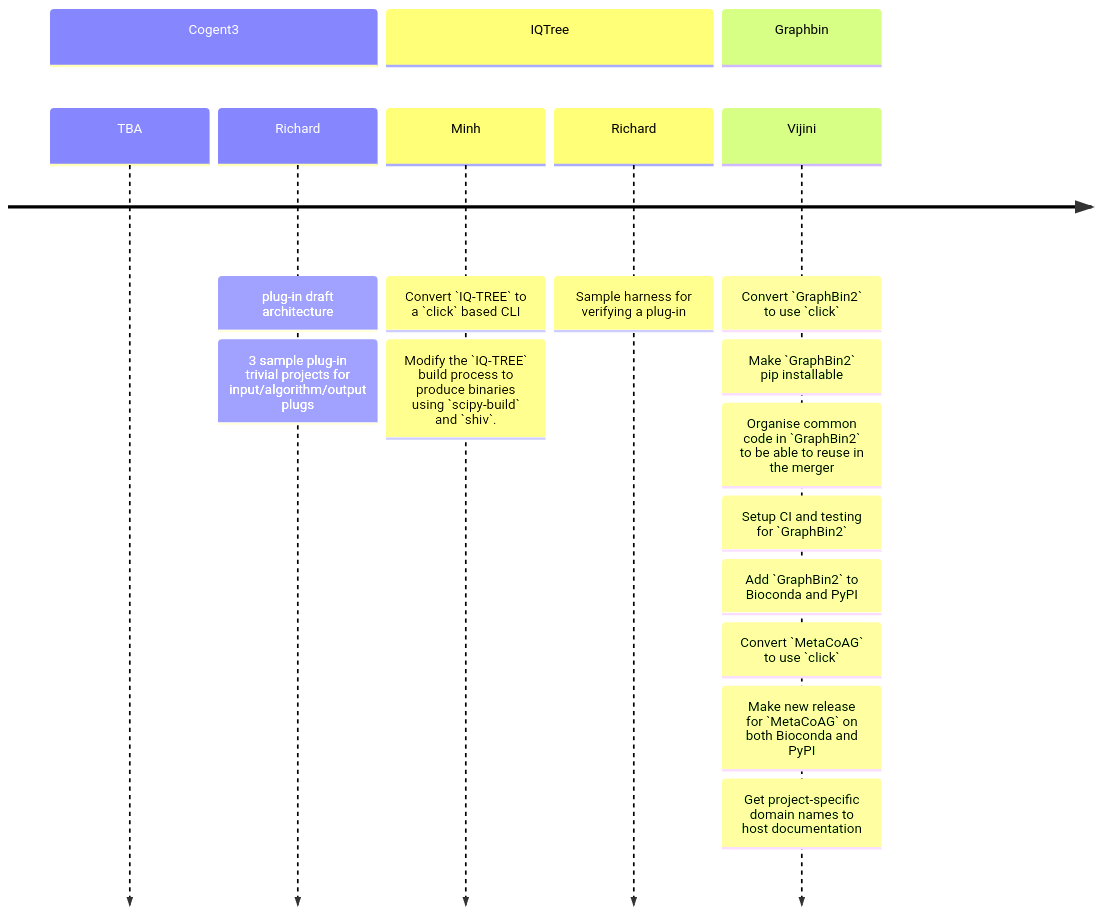
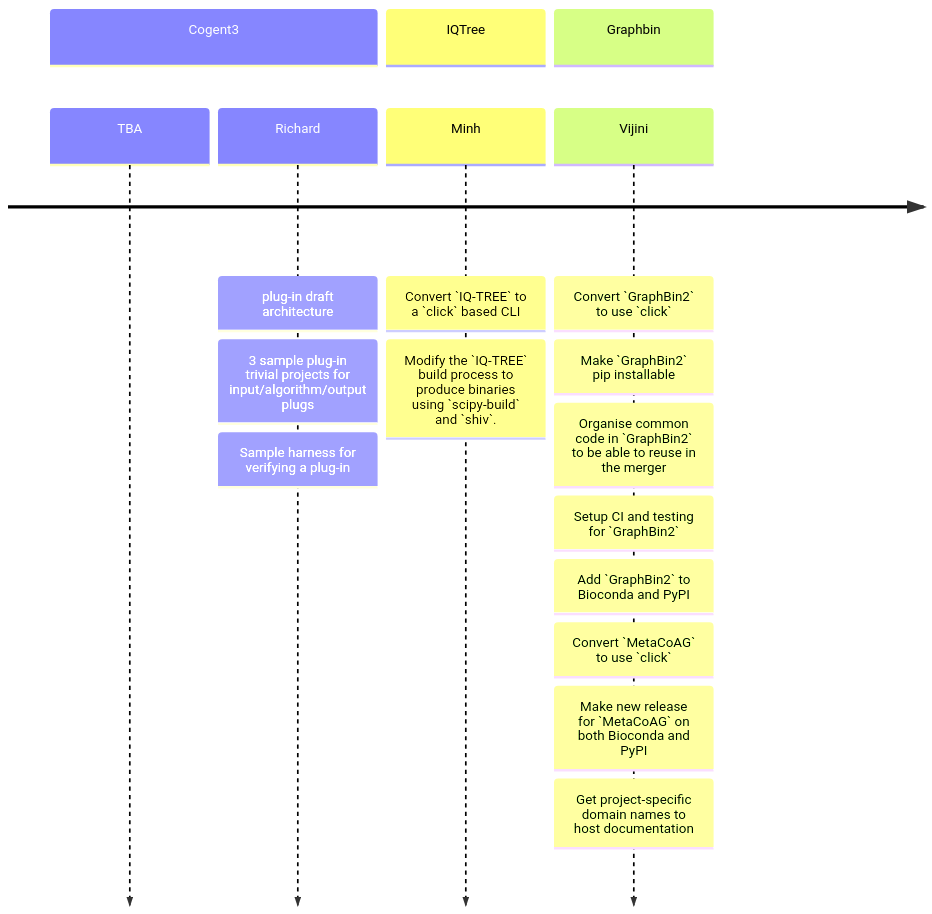
Before and after one commit to khiron/testscriv: the second of 4 diagrams in docs/milestones.md, drawn with Mermaid. The commit also changed other lines of this file and 1 other file, not shown here.

````diff
--- a/docs/milestones.md
+++ b/docs/milestones.md
@@ -43,28 +46,27 @@
 ```mermaid
 timeline
 section Cogent3
 TBA 
 Richard 
 : plug-in draft architecture 
 : 3 sample plug-in trivial projects for input/algorithm/output plugs 
+: Sample harness for verifying a plug-in 
 
 section IQTree
 Minh 
 : Convert `IQ-TREE` to a `click` based CLI
 : Modify the `IQ-TREE` build process to produce binaries using `scipy-build` and `shiv`. 
-Richard
-: Sample harness for verifying a plug-in 
 
 
 section Graphbin 
 Vijini 
 : Convert `GraphBin2` to use `click`
 : Make `GraphBin2` pip installable
 : Organise common code in `GraphBin2` to be able to reuse in the merger
 : Setup CI and testing for `GraphBin2`
 : Add `GraphBin2` to Bioconda and PyPI
 : Convert `MetaCoAG` to use `click`
 : Make new release for `MetaCoAG` on both Bioconda and PyPI
 : Get project-specific domain names to host documentation​
 
 ```
````
